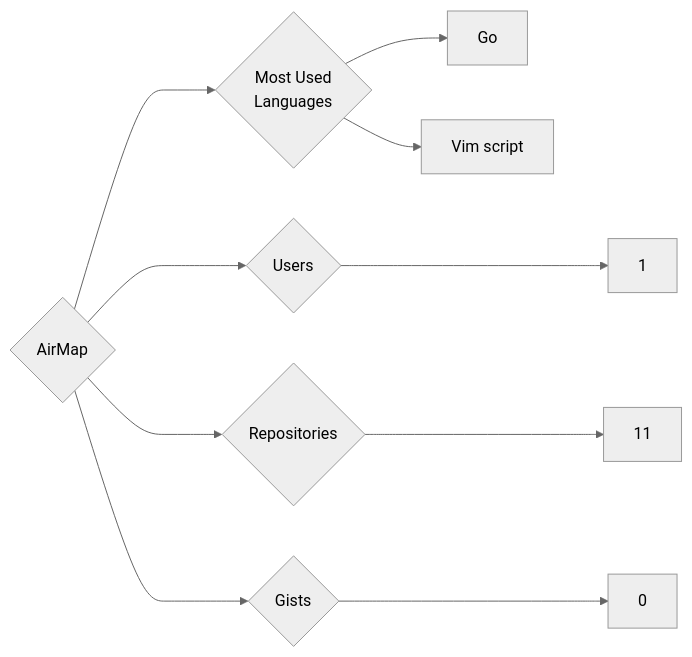
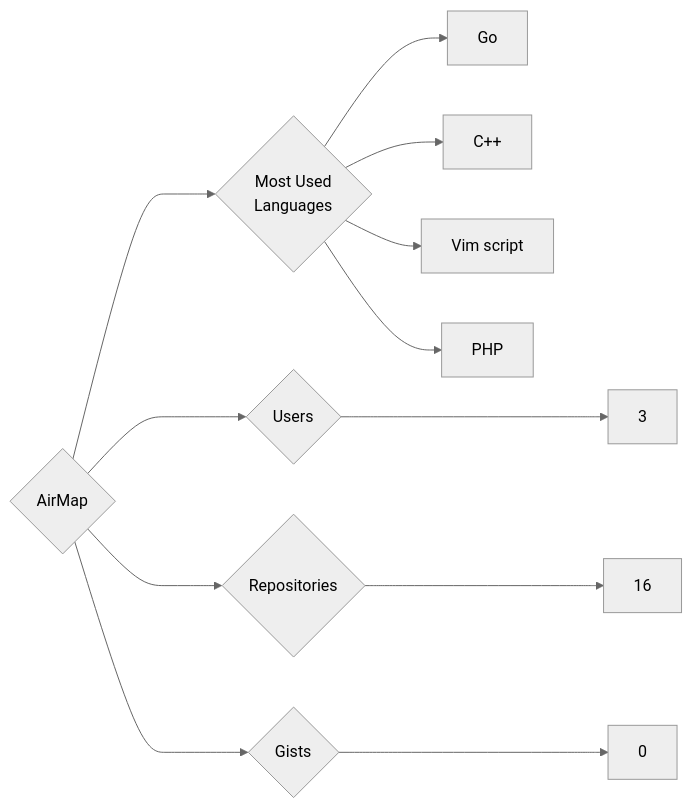
Before and after one commit to trickest/insiders: the diagram in targets/AirMap/README.md, drawn with Mermaid (neutral theme). The commit also changed 900 other files, not shown here.

````diff
--- a/targets/AirMap/README.md
+++ b/targets/AirMap/README.md
@@ -3,10 +3,12 @@
 ```mermaid
 graph LR
 COMPANY_NAME{AirMap}
-COMPANY_NAME ---> U{Users} ---> UN[1]
-COMPANY_NAME ---> R{Repositories} ---> RN[11]
+COMPANY_NAME ---> U{Users} ---> UN[3]
+COMPANY_NAME ---> R{Repositories} ---> RN[16]
 COMPANY_NAME ---> G{Gists} ---> GN[0]
 COMPANY_NAME ---> ML{Most Used<br>Languages}
 ML --> Go[Go]
+ML --> C++[C++]
 ML --> Vim_script[Vim script]
+ML --> PHP[PHP]
 ```
````
